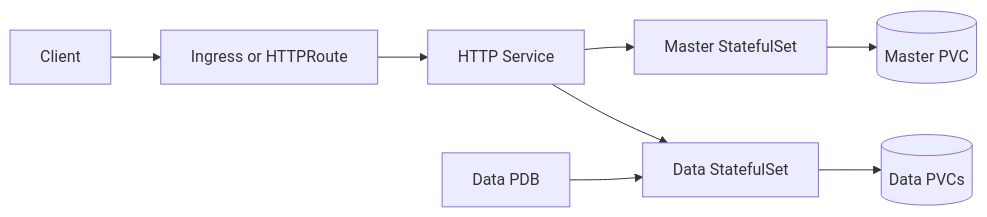
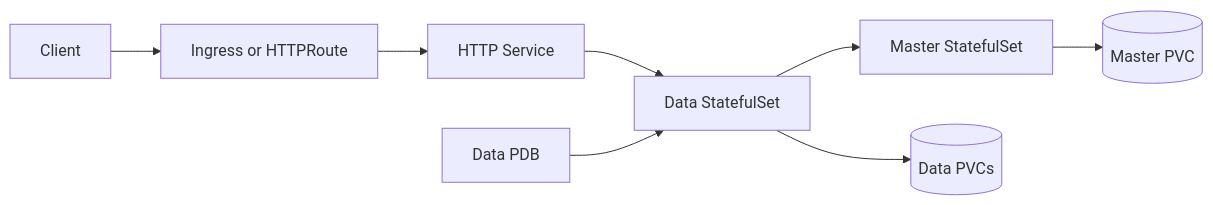
Before and after one commit to helmforgedev/charts: the second of 3 diagrams in charts/elasticsearch/DESIGN.md, drawn with Mermaid. The commit also changed other lines of this file and 36 other files, not shown here.

````diff
--- a/charts/elasticsearch/DESIGN.md
+++ b/charts/elasticsearch/DESIGN.md
@@ -32,10 +32,10 @@
 ```mermaid
 flowchart LR
   client[Client] --> edge[Ingress or HTTPRoute]
   edge --> svc[HTTP Service]
-  svc --> master[Master StatefulSet]
   svc --> data0[Data StatefulSet]
+  data0 --> master[Master StatefulSet]
   master --> masterPvc[(Master PVC)]
   data0 --> dataPvc[(Data PVCs)]
   pdb[Data PDB] --> data0
 ```
````
